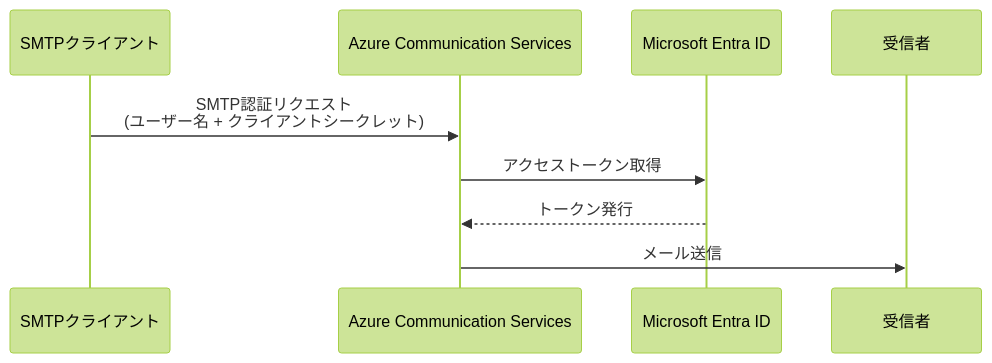
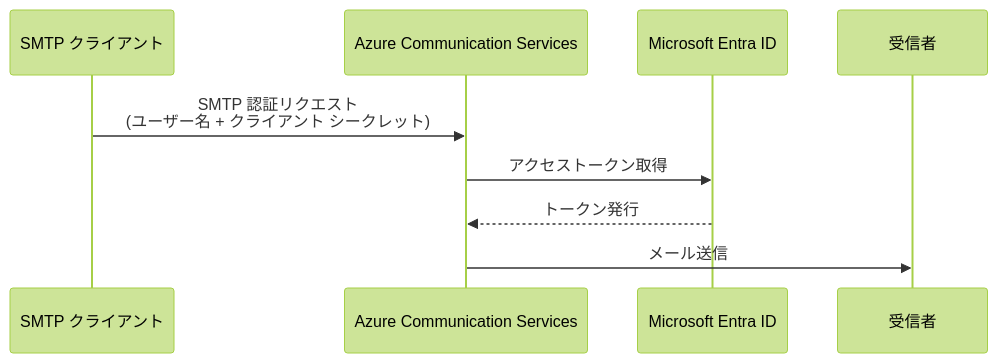
The diagram in articles/20260204-acs-smtprelay.md (zukakosan/blog-tech), drawn with Mermaid (forest theme) before and after one commit. The commit also changed other lines of this file and 1 other file, not shown here.

Commit message:
docs: ACS SMTP リレー記事の体裁改善と注意事項/参考リンクを追加

````diff
--- a/articles/20260204-acs-smtprelay.md
+++ b/articles/20260204-acs-smtprelay.md
@@ -68,12 +73,12 @@
 ```mermaid
 sequenceDiagram
-    participant Client as SMTPクライアント
+    participant Client as SMTP クライアント
     participant ACS as Azure Communication Services
     participant Entra as Microsoft Entra ID
     participant Recipient as 受信者
 
-    Client->>ACS: SMTP認証リクエスト<br/>(ユーザー名 + クライアントシークレット)
+    Client->>ACS: SMTP 認証リクエスト<br/>(ユーザー名 + クライアント シークレット)
     ACS->>Entra: アクセストークン取得
     Entra-->>ACS: トークン発行
     ACS->>Recipient: メール送信
 ```
````
